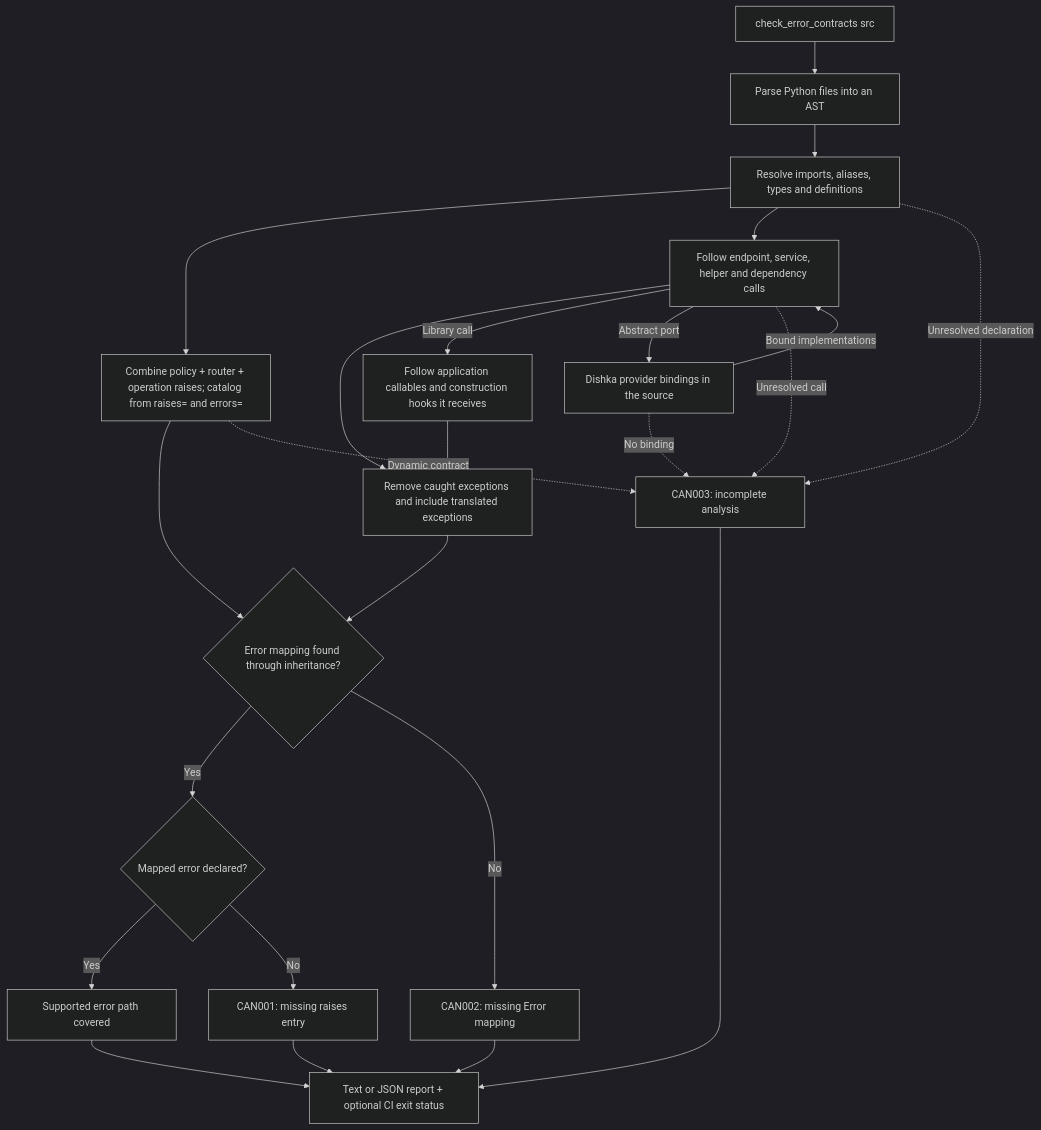
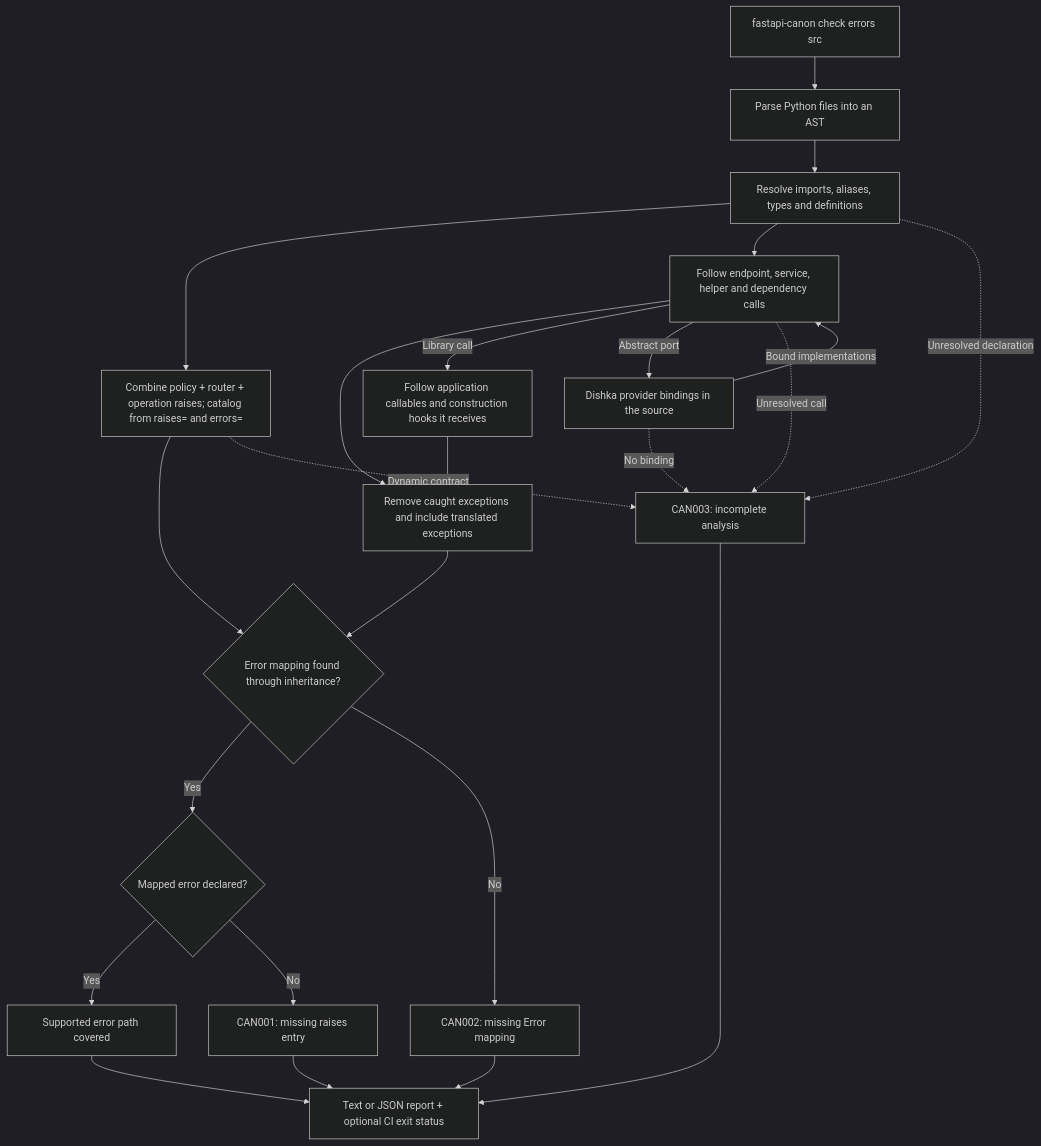
The diagram in docs/error-checking.md (mathisarends/fastapi-canon), drawn with Mermaid (dark theme) before and after one commit. The commit also changed other lines of this file and 136 other files, not shown here.

````diff
--- a/docs/error-checking.md
+++ b/docs/error-checking.md
@@ -87,26 +87,26 @@
 ```mermaid
 flowchart TD
-    CLI["check_error_contracts src"] --> AST["Parse Python files into an AST"]
+    CLI["fastapi-canon check errors src"] --> AST["Parse Python files into an AST"]
     AST --> INDEX["Resolve imports, aliases, types and definitions"]
     INDEX --> CONTRACT["Combine policy + router + operation raises; catalog from raises= and errors="]
     INDEX --> CALLS["Follow endpoint, service, helper and dependency calls"]
     CALLS --> HANDLING["Remove caught exceptions and include translated exceptions"]
     CALLS -->|Library call| CALLBACKS["Follow application callables and construction hooks it receives"]
     CALLBACKS --> HANDLING
     HANDLING --> MATCH{"Error mapping found through inheritance?"}
     CONTRACT --> MATCH
     MATCH -->|Yes| COMPARE{"Mapped error declared?"}
     COMPARE -->|Yes| COVERED["Supported error path covered"]
     COMPARE -->|No| MISSING["CAN001: missing raises entry"]
     MATCH -->|No| UNMAPPED["CAN002: missing Error mapping"]
     INDEX -.->|Unresolved declaration| UNKNOWN["CAN003: incomplete analysis"]
     CONTRACT -.->|Dynamic contract| UNKNOWN
     CALLS -->|Abstract port| BINDING["Dishka provider bindings in the source"]
     BINDING -->|Bound implementations| CALLS
     BINDING -.->|No binding| UNKNOWN
     CALLS -.->|Unresolved call| UNKNOWN
     COVERED --> REPORT["Text or JSON report + optional CI exit status"]
     MISSING --> REPORT
     UNMAPPED --> REPORT
     UNKNOWN --> REPORT
 ```
````
